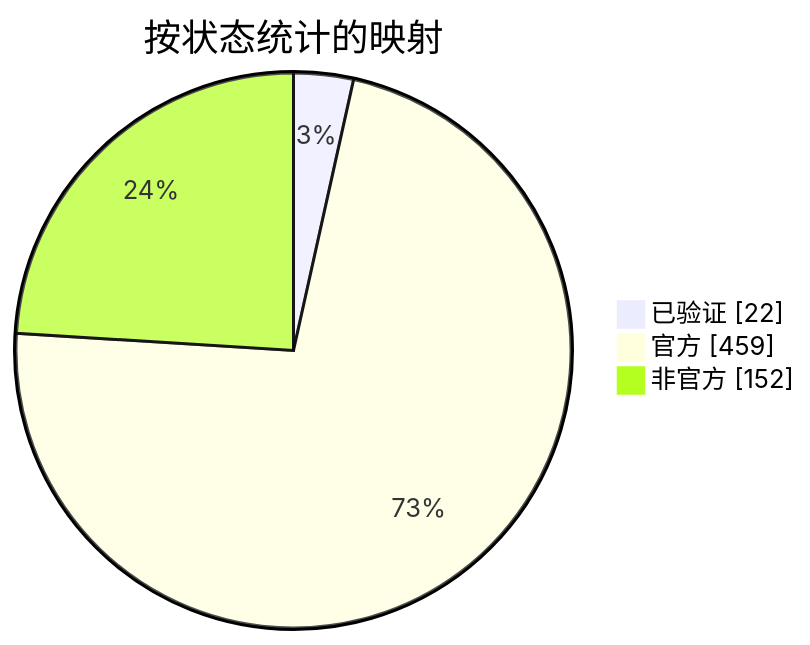
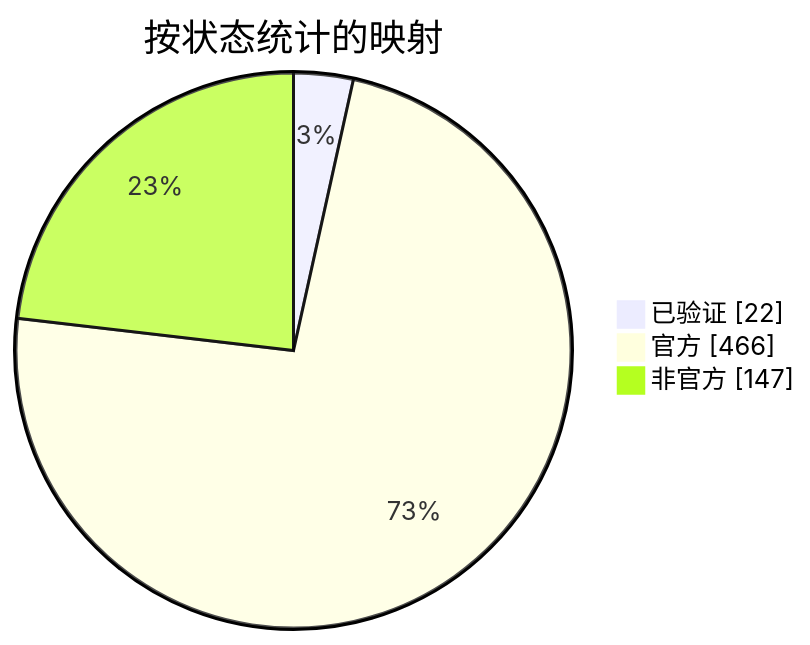
The diagram in docs/readme/README_ZHS.md (nobrega8/mbmap-library), drawn with Mermaid before and after one commit. The commit also changed 4 other files, not shown here.

````diff
--- a/docs/readme/README_ZHS.md
+++ b/docs/readme/README_ZHS.md
@@ -54,7 +54,7 @@
 ```mermaid
 pie showData
     title 按状态统计的映射
     "已验证" : 22
-    "官方" : 459
-    "非官方" : 152
+    "官方" : 466
+    "非官方" : 147
 ```
````
